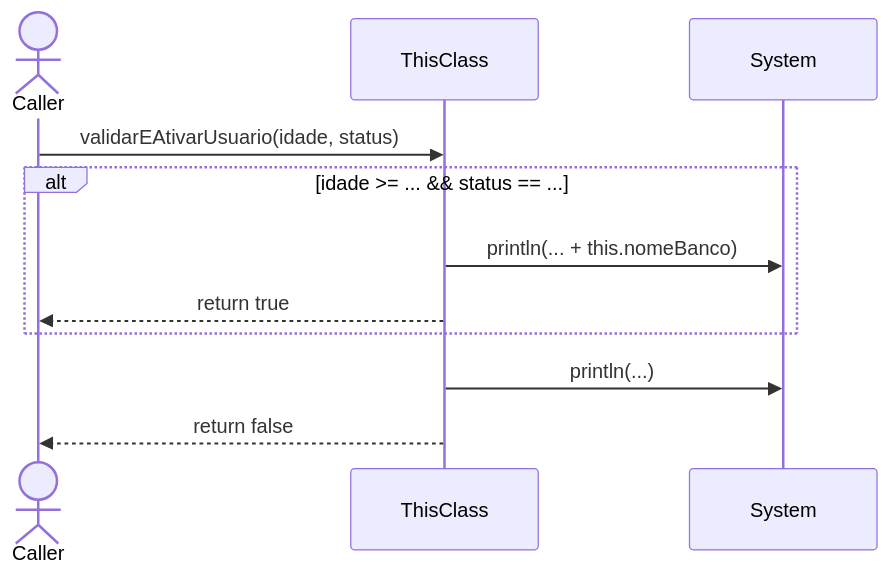
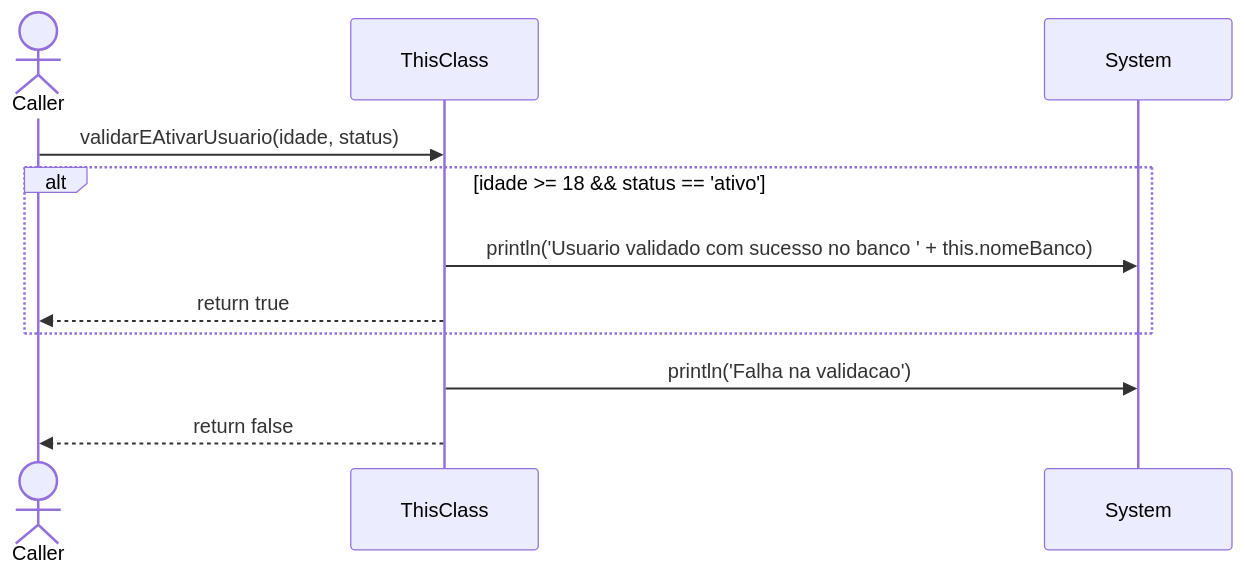
One commit to FelipeMCassiano/geanky changed the third of 4 diagrams in docs/UsuarioService.md. Above: the diagram before and after it, drawn with Mermaid. The commit also changed other lines of this file and 18 other files, not shown here.

````diff
--- a/docs/UsuarioService.md
+++ b/docs/UsuarioService.md
@@ -105,15 +95,15 @@
 ```mermaid
 sequenceDiagram
     actor Caller
     participant ThisClass
 
     Caller->>ThisClass: validarEAtivarUsuario(idade, status)
-    alt idade >= ... && status == ...
+    alt idade >= 18 && status == 'ativo'
     participant System
-    ThisClass->>System: println(... + this.nomeBanco)
+    ThisClass->>System: println('Usuario validado com sucesso no banco ' + this.nomeBanco)
     ThisClass-->>Caller: return true
     end
-    ThisClass->>System: println(...)
+    ThisClass->>System: println('Falha na validacao')
     ThisClass-->>Caller: return false
 
 ```
````
